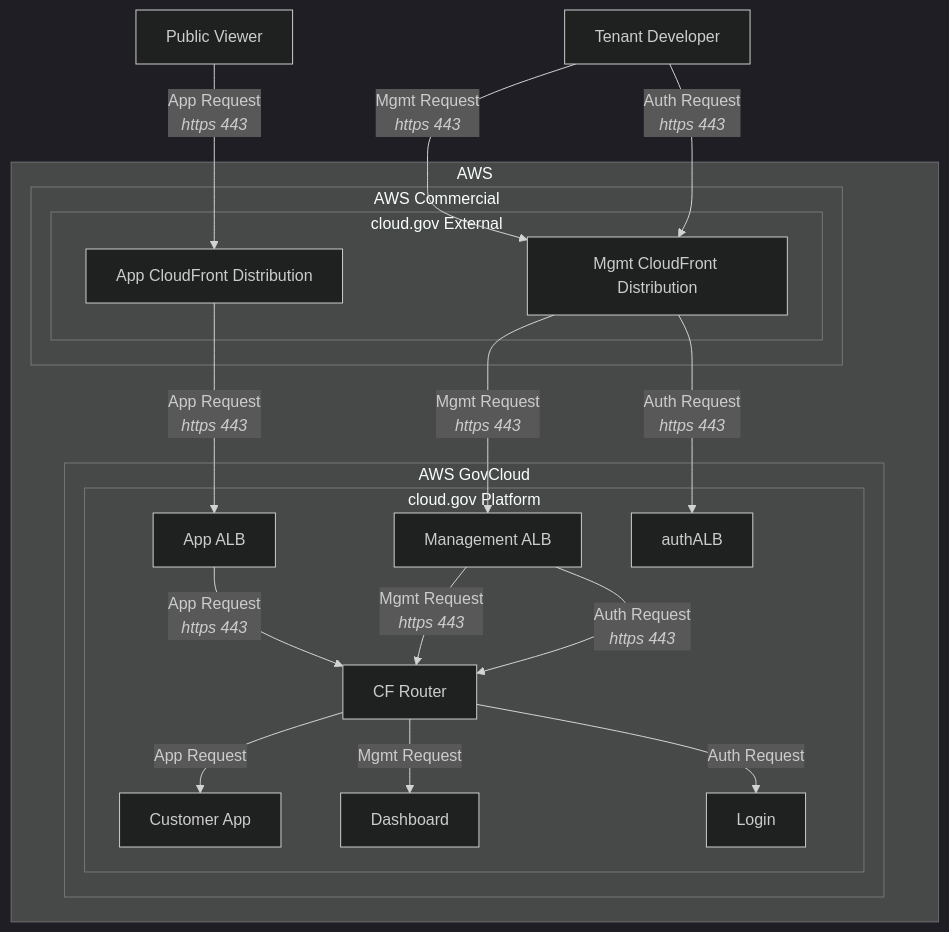
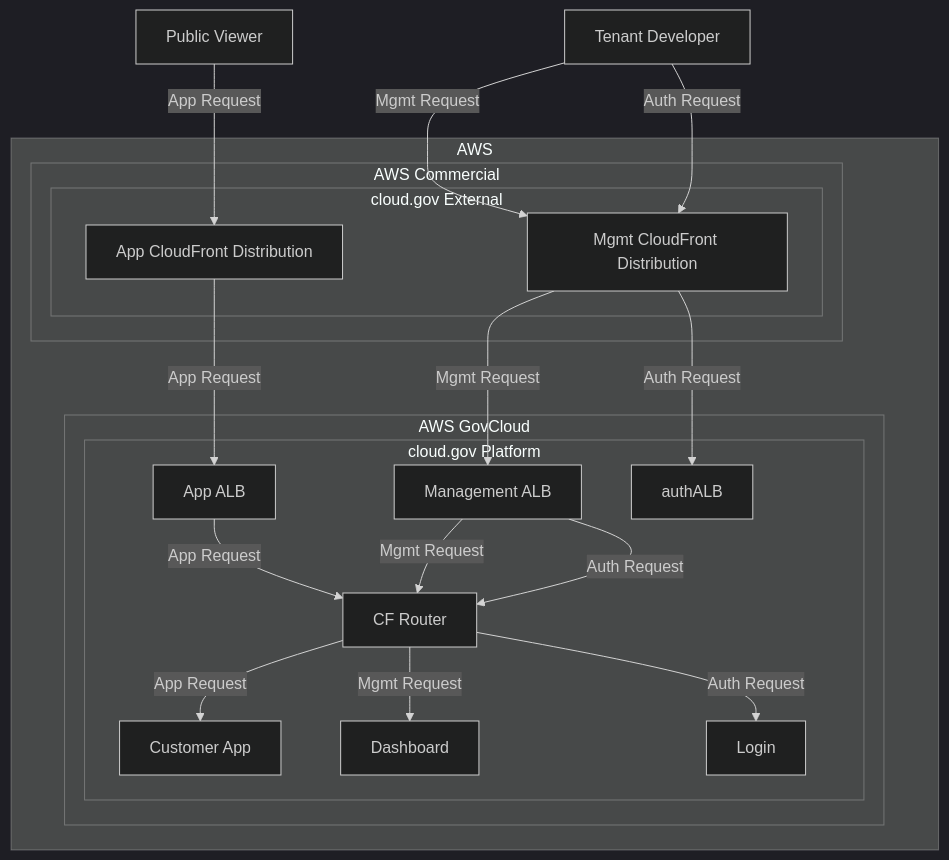
One commit to cloud-gov/product changed the second of 3 diagrams in adr/ADR-0009-shield-advanced.md. Above: the diagram before and after it, drawn with Mermaid (dark theme). The commit also changed other lines of this file, not shown here.

Commit message:
Iterating on system diagram

````diff
--- a/adr/ADR-0009-shield-advanced.md
+++ b/adr/ADR-0009-shield-advanced.md
@@ -58,31 +58,31 @@
 ```mermaid
 graph TD
-    public[Public Viewer] -->|App Request\n<em>https 443</em>| appCF
-    tenant[Tenant Developer] -->|Mgmt Request\n<em>https 443</em>| mgmtCF
-    tenant[Tenant Developer] -->|Auth Request\n<em>https 443</em>| mgmtCF
+    public[Public Viewer] -->|App Request| appCF
+    tenant[Tenant Developer] -->|Mgmt Request| mgmtCF
+    tenant[Tenant Developer] -->|Auth Request| mgmtCF
 
     subgraph aws["AWS"]
         subgraph commercial["AWS Commercial"]
             subgraph external["cloud.gov External"]
                 appCF[App CloudFront Distribution]
                 mgmtCF[Mgmt CloudFront Distribution]
                 mgmtCF[Mgmt CloudFront Distribution]
             end
         end
         subgraph govcloud["AWS GovCloud"]
             subgraph platform["cloud.gov Platform"]
-                appCF -->|App Request\n<em>https 443</em>| appALB
-                mgmtCF -->|Mgmt Request\n<em>https 443</em>| mgmtALB
-                mgmtCF -->|Auth Request\n<em>https 443</em>| authALB
+                appCF -->|App Request| appALB
+                mgmtCF -->|Mgmt Request| mgmtALB
+                mgmtCF -->|Auth Request| authALB
 
-                appALB[App ALB] -->|App Request\n<em>https 443</em>| router[CF Router]
-                mgmtALB[Management ALB] -->|Mgmt Request\n<em>https 443</em>| router
-                mgmtALB[Management ALB] -->|Auth Request\n<em>https 443</em>| router
+                appALB[App ALB] -->|App Request| router[CF Router]
+                mgmtALB[Management ALB] -->|Mgmt Request| router
+                mgmtALB[Management ALB] -->|Auth Request| router
 
                 router -->|App Request| app[Customer App]
                 router -->|Mgmt Request| dashboard[Dashboard]
                 router -->|Auth Request| login[Login]
             end
         end
     end
 ```
````
